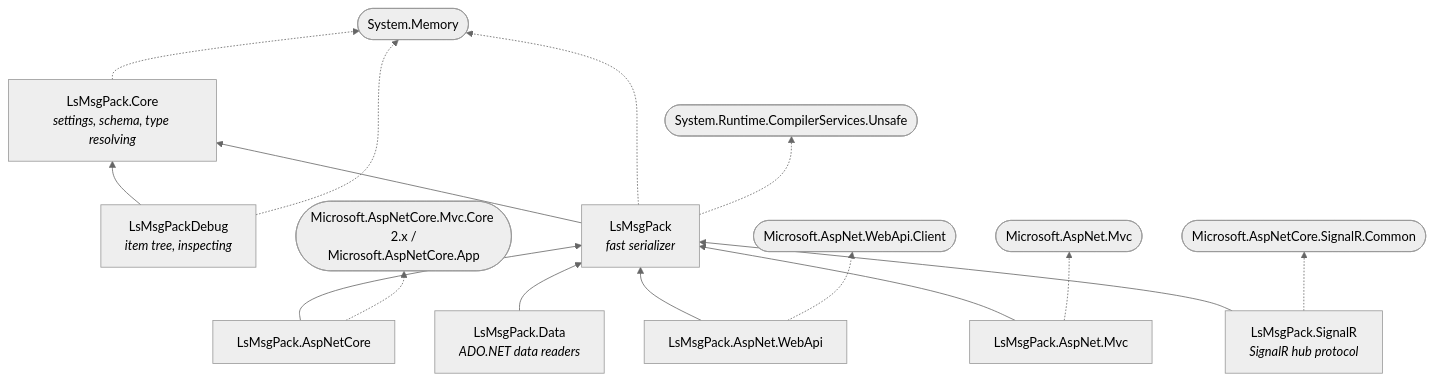
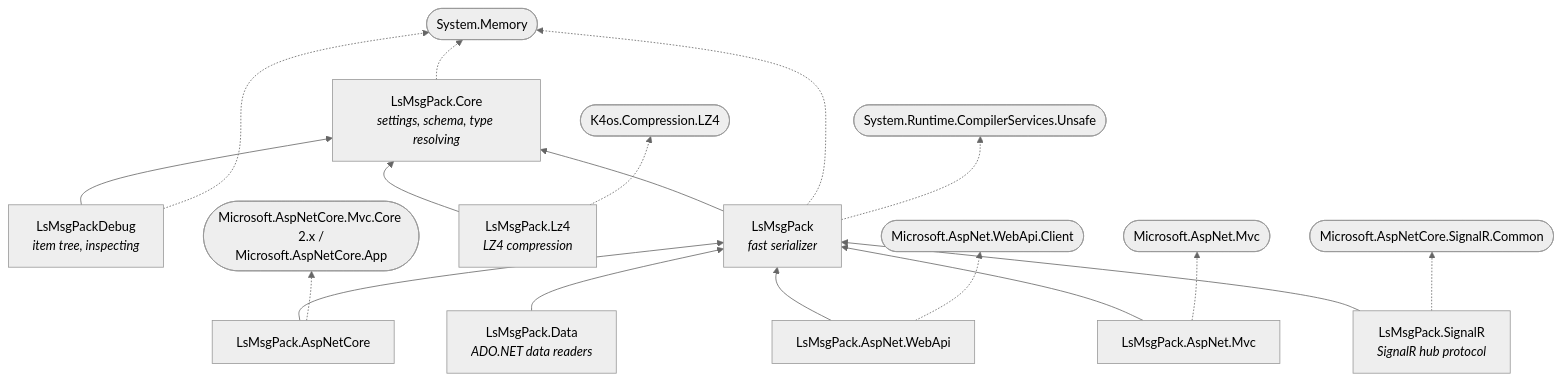
One commit to mlsomers/LsMsgPack changed the diagram in README.md. Above: the diagram before and after it, drawn with Mermaid (neutral theme). The commit also changed other lines of this file and 55 other files, not shown here.

````diff
--- a/README.md
+++ b/README.md
@@ -57,33 +57,37 @@
 ```mermaid
 graph BT
   Core["LsMsgPack.Core<br/><i>settings, schema, type resolving</i>"]
   Debug["LsMsgPackDebug<br/><i>item tree, inspecting</i>"]
   Fast["LsMsgPack<br/><i>fast serializer</i>"]
   AspNetCore["LsMsgPack.AspNetCore"]
   WebApi["LsMsgPack.AspNet.WebApi"]
   Mvc["LsMsgPack.AspNet.Mvc"]
   Data["LsMsgPack.Data<br/><i>ADO.NET data readers</i>"]
   SignalR["LsMsgPack.SignalR<br/><i>SignalR hub protocol</i>"]
+  Lz4["LsMsgPack.Lz4<br/><i>LZ4 compression</i>"]
   Mem(["System.Memory"])
   Unsafe(["System.Runtime.CompilerServices.Unsafe"])
   AspNetCoreFx(["Microsoft.AspNetCore.Mvc.Core 2.x /<br/>Microsoft.AspNetCore.App"])
   WebApiClient(["Microsoft.AspNet.WebApi.Client"])
   AspNetMvc(["Microsoft.AspNet.Mvc"])
   SignalRCommon(["Microsoft.AspNetCore.SignalR.Common"])
+  K4os(["K4os.Compression.LZ4"])
 
   Debug --> Core
   Fast --> Core
   AspNetCore --> Fast
   WebApi --> Fast
   Mvc --> Fast
   Data --> Fast
   SignalR --> Fast
+  Lz4 --> Core
   Core -.-> Mem
   Debug -.-> Mem
   Fast -.-> Mem
   Fast -.-> Unsafe
   AspNetCore -.-> AspNetCoreFx
   WebApi -.-> WebApiClient
   Mvc -.-> AspNetMvc
   SignalR -.-> SignalRCommon
+  Lz4 -.-> K4os
 ```
````
